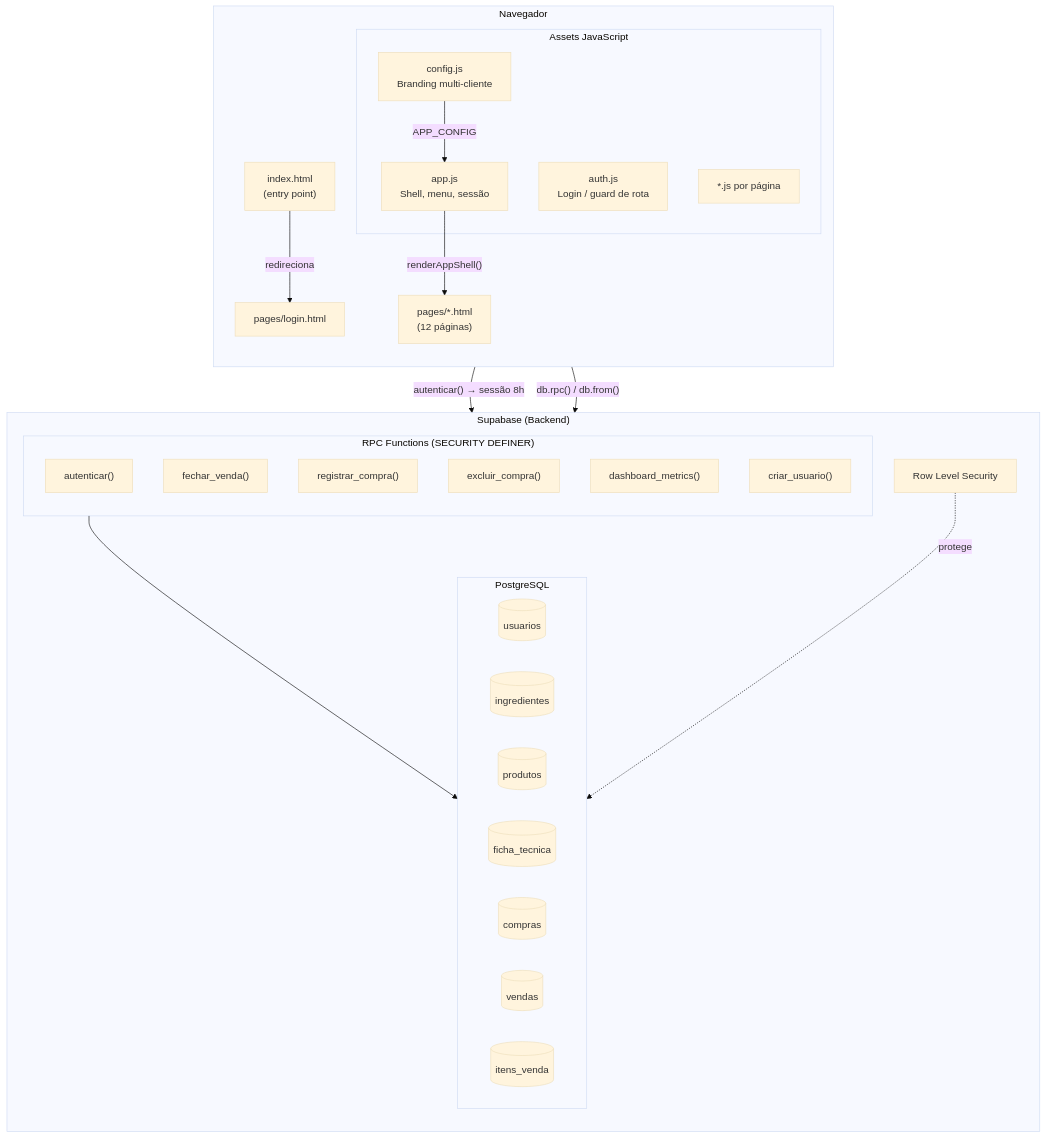
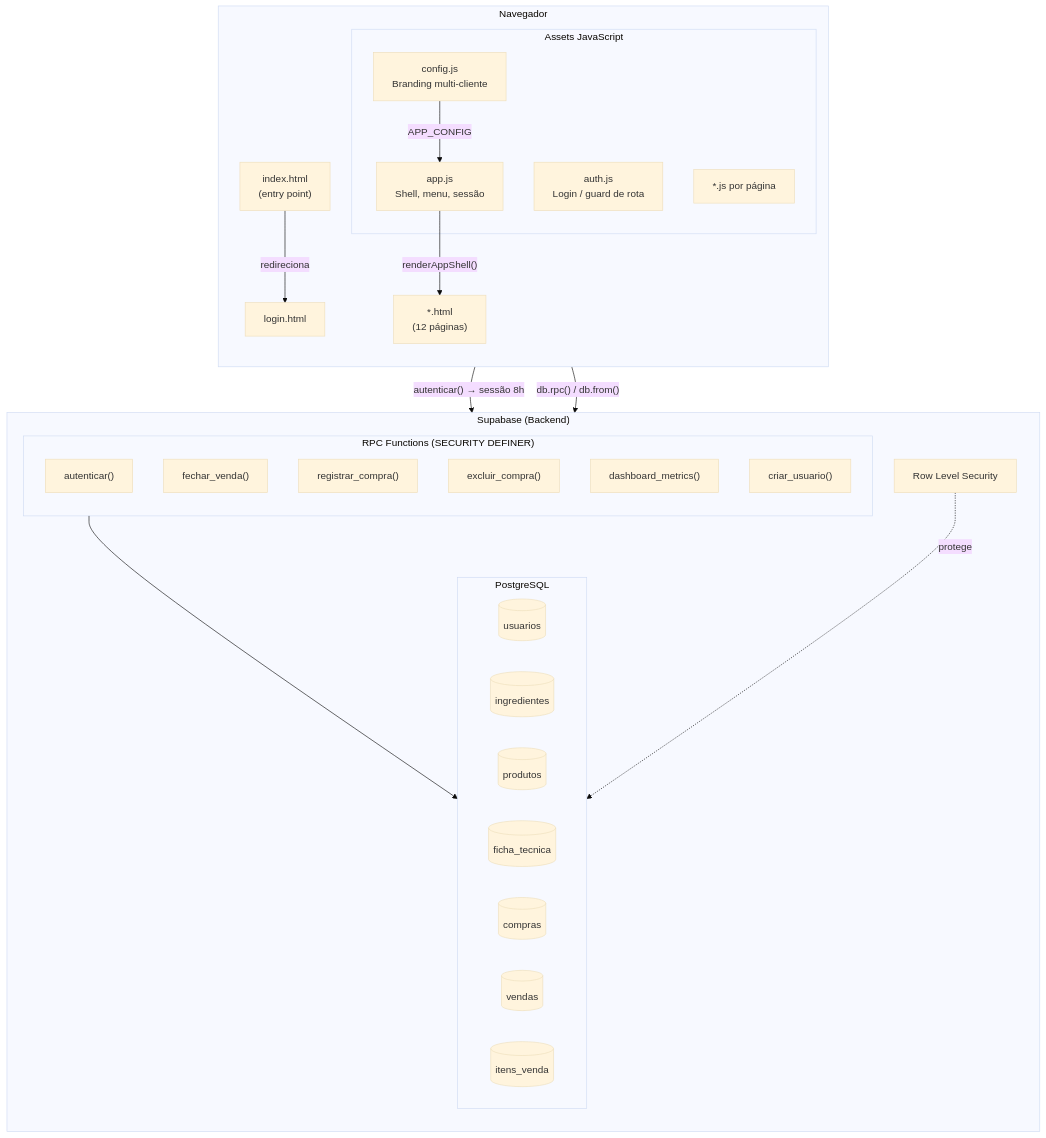
The first of 5 diagrams in README.md (WilsonLucas/gestao_comercial), drawn with Mermaid (base theme) before and after one commit. The commit also changed other lines of this file and 1 other file, not shown here.

Commit message:
docs: atualiza documentacao — GitHub Pages, HTMLs na raiz, filtros de produtos

````diff
--- a/README.md
+++ b/README.md
@@ -23,46 +23,46 @@
 ```mermaid
 graph TB
     subgraph Browser["Navegador"]
         direction TB
         INDEX["index.html\n(entry point)"]
-        LOGIN["pages/login.html"]
-        PAGES["pages/*.html\n(12 páginas)"]
+        LOGIN["login.html"]
+        PAGES["*.html\n(12 páginas)"]
 
         subgraph JS["Assets JavaScript"]
             CONFIG["config.js\nBranding multi-cliente"]
             APP["app.js\nShell, menu, sessão"]
             AUTH["auth.js\nLogin / guard de rota"]
             PAGES_JS["*.js por página"]
         end
     end
 
     subgraph Supabase["Supabase (Backend)"]
         direction TB
         subgraph RPC["RPC Functions (SECURITY DEFINER)"]
             F1["autenticar()"]
             F2["fechar_venda()"]
             F3["registrar_compra()"]
             F4["excluir_compra()"]
             F5["dashboard_metrics()"]
             F6["criar_usuario()"]
         end
         subgraph DB["PostgreSQL"]
             T1[("usuarios")]
             T2[("ingredientes")]
             T3[("produtos")]
             T4[("ficha_tecnica")]
             T5[("compras")]
             T6[("vendas")]
             T7[("itens_venda")]
         end
         RLS["Row Level Security"]
     end
 
     INDEX -->|redireciona| LOGIN
     LOGIN -->|"autenticar() → sessão 8h"| F1
     PAGES -->|"db.rpc() / db.from()"| RPC
     RPC --> DB
     RLS -.->|protege| DB
     APP -->|"renderAppShell()"| PAGES
     CONFIG -->|"APP_CONFIG"| APP
 ```
````
